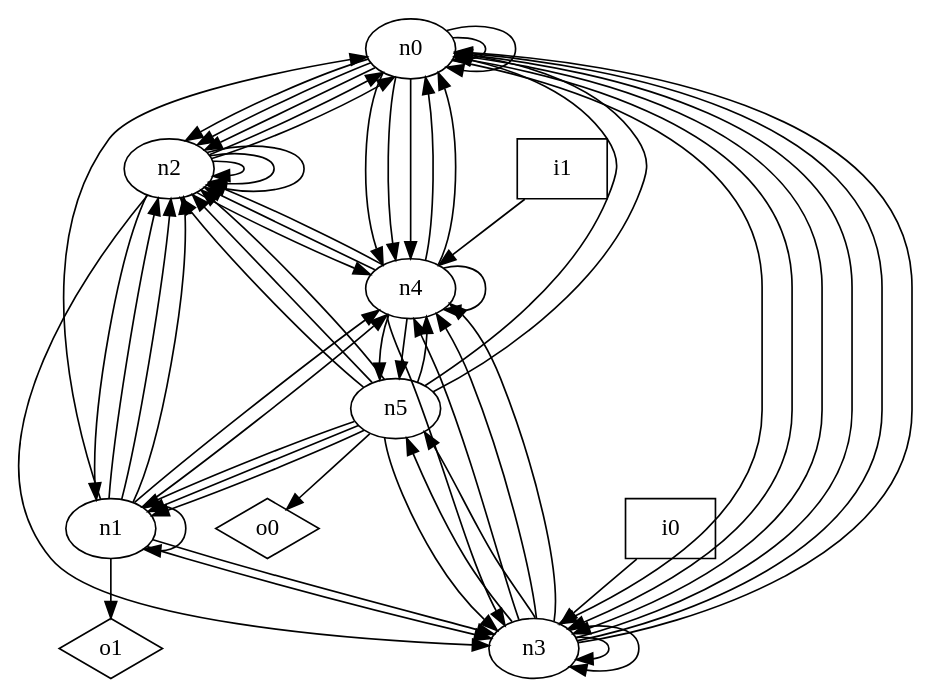
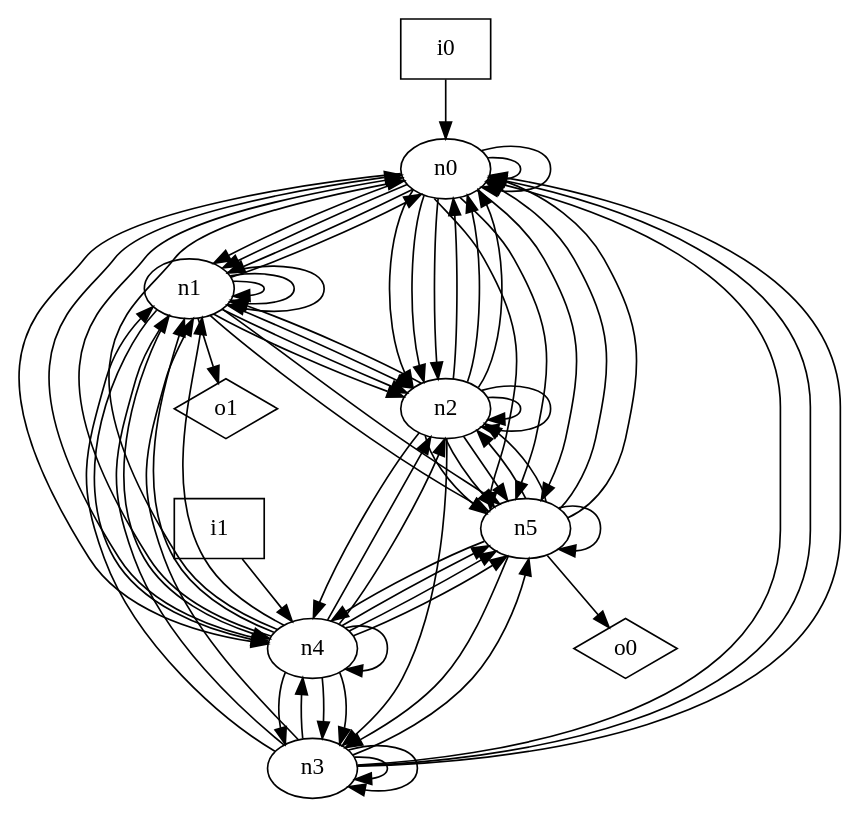
Before and after one commit to p9romain/bool-circuits: the diagram in dot_files/random/random_graph.dot, drawn with Graphviz. The commit also changed 29 other files, not shown here.

```diff
--- a/dot_files/random/random_graph.dot
+++ b/dot_files/random/random_graph.dot
@@ -1,72 +1,81 @@
 digraph G {
 n0 [label="n0"];
 n1 [label="n1"];
 n2 [label="n2"];
 n3 [label="n3"];
 n4 [label="n4"];
 n5 [label="n5"];
 n6 [label="i0",shape="box"];
 n7 [label="i1",shape="box"];
 n8 [label="o0",shape="diamond"];
 n9 [label="o1",shape="diamond"];
 n0 -> n0
 n0 -> n0
+n0 -> n1
+n0 -> n1
+n0 -> n1
 n0 -> n2
 n0 -> n2
 n0 -> n2
-n0 -> n3
-n0 -> n3
-n0 -> n3
 n0 -> n4
-n0 -> n4
-n0 -> n4
+n0 -> n5
+n0 -> n5
+n0 -> n5
 n1 -> n0
+n1 -> n1
+n1 -> n1
 n1 -> n1
 n1 -> n2
 n1 -> n2
 n1 -> n2
-n1 -> n3
-n1 -> n3
 n1 -> n4
 n1 -> n4
+n1 -> n5
+n1 -> n5
 n1 -> n9
+n2 -> n0
 n2 -> n0
 n2 -> n0
 n2 -> n1
 n2 -> n2
 n2 -> n2
-n2 -> n2
 n2 -> n3
 n2 -> n4
+n2 -> n5
+n2 -> n5
+n2 -> n5
 n3 -> n0
 n3 -> n0
 n3 -> n0
+n3 -> n1
+n3 -> n1
+n3 -> n1
 n3 -> n3
 n3 -> n3
 n3 -> n4
-n3 -> n4
-n3 -> n4
-n3 -> n5
 n3 -> n5
 n4 -> n0
 n4 -> n0
+n4 -> n0
+n4 -> n1
+n4 -> n1
 n4 -> n2
 n4 -> n2
+n4 -> n3
+n4 -> n3
 n4 -> n3
 n4 -> n4
 n4 -> n5
 n4 -> n5
+n4 -> n5
 n5 -> n0
 n5 -> n0
-n5 -> n1
-n5 -> n1
-n5 -> n1
-n5 -> n2
 n5 -> n2
 n5 -> n2
 n5 -> n3
 n5 -> n4
+n5 -> n5
 n5 -> n8
-n6 -> n3
+n6 -> n0
 n7 -> n4
 }
```
